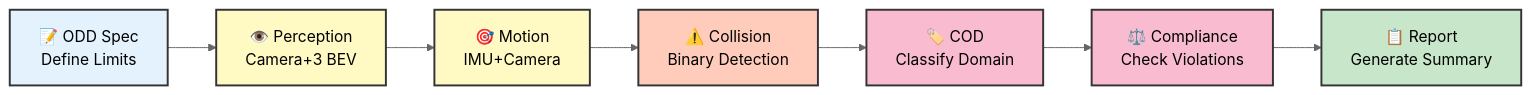
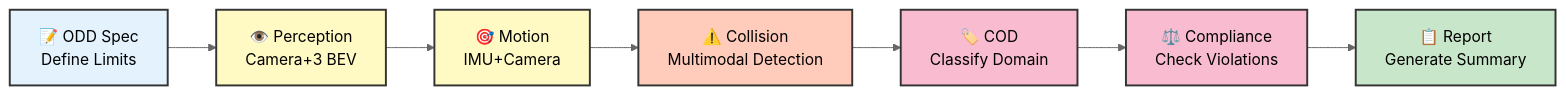
Before and after one commit to danmartinez78/go2-odd-observer: the first of 2 diagrams in README.md, drawn with Mermaid (neutral theme). The commit also changed other lines of this file and 1 other file, not shown here.

First line of the commit message:
docs: Update README and ARCHITECTURE_REDESIGN to reflect Phase 1.4.1-1.4.2

````diff
--- a/README.md
+++ b/README.md
@@ -109,17 +109,17 @@
 ```mermaid
 graph LR
     A[📝 ODD Spec<br/>Define Limits] --> B[👁️ Perception<br/>Camera+3 BEV]
     B --> C[🎯 Motion<br/>IMU+Camera]
-    C --> D[⚠️ Collision<br/>Binary Detection]
+    C --> D[⚠️ Collision<br/>Multimodal Detection]
     D --> E[🏷️ COD<br/>Classify Domain]
     E --> F[⚖️ Compliance<br/>Check Violations]
     F --> G[📋 Report<br/>Generate Summary]
     
     style A fill:#e3f2fd,stroke:#333,stroke-width:2px,color:#000
     style B fill:#fff9c4,stroke:#333,stroke-width:2px,color:#000
     style C fill:#fff9c4,stroke:#333,stroke-width:2px,color:#000
     style D fill:#ffccbc,stroke:#333,stroke-width:2px,color:#000
     style E fill:#f8bbd0,stroke:#333,stroke-width:2px,color:#000
     style F fill:#f8bbd0,stroke:#333,stroke-width:2px,color:#000
     style G fill:#c8e6c9,stroke:#333,stroke-width:2px,color:#000
 ```
````
